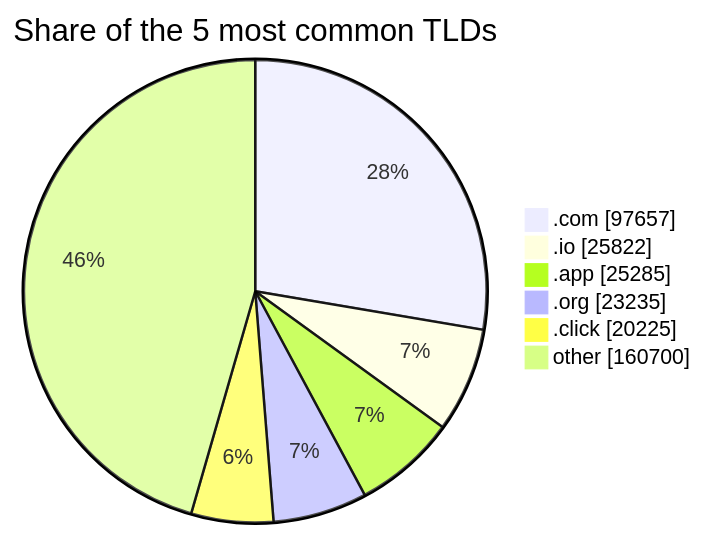
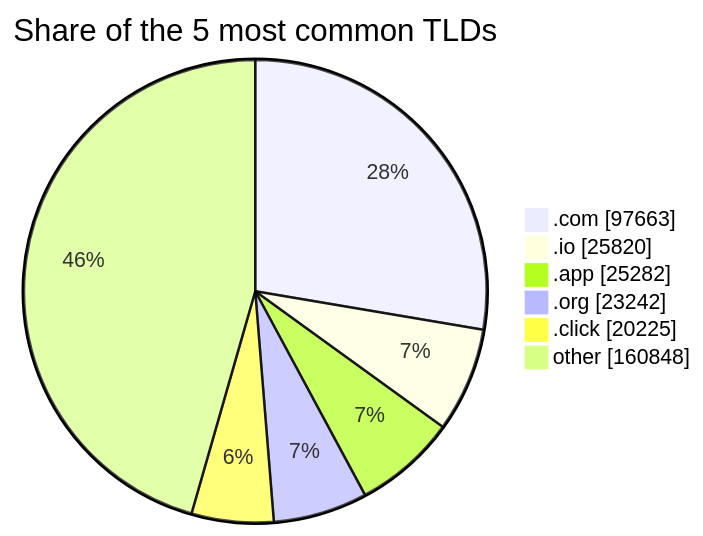
The third of 3 diagrams in README.md (DNSBunker/CTI), drawn with Mermaid before and after one commit. The commit also changed other lines of this file and 3 other files, not shown here.

````diff
--- a/README.md
+++ b/README.md
@@ -81,9 +81,9 @@
 ```mermaid
 pie showData title Share of the 5 most common TLDs
-    ".com" : 97657
-    ".io" : 25822
-    ".app" : 25285
-    ".org" : 23235
+    ".com" : 97663
+    ".io" : 25820
+    ".app" : 25282
+    ".org" : 23242
     ".click" : 20225
-    "other" : 160700
+    "other" : 160848
 ```
````
